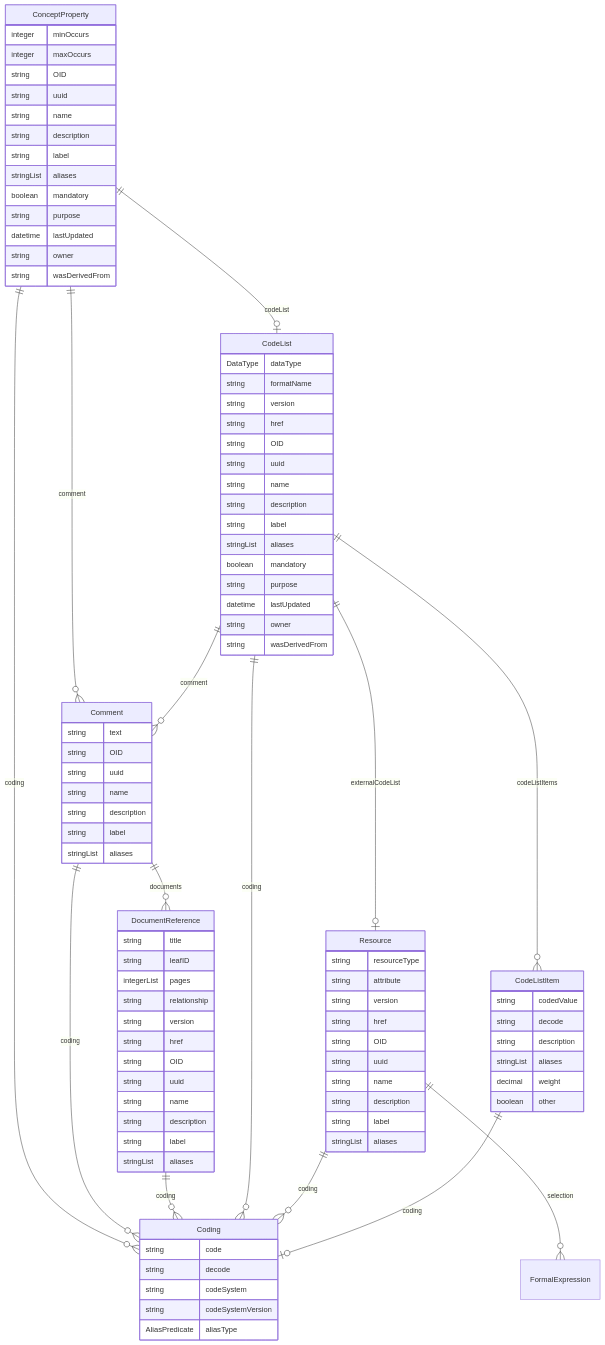
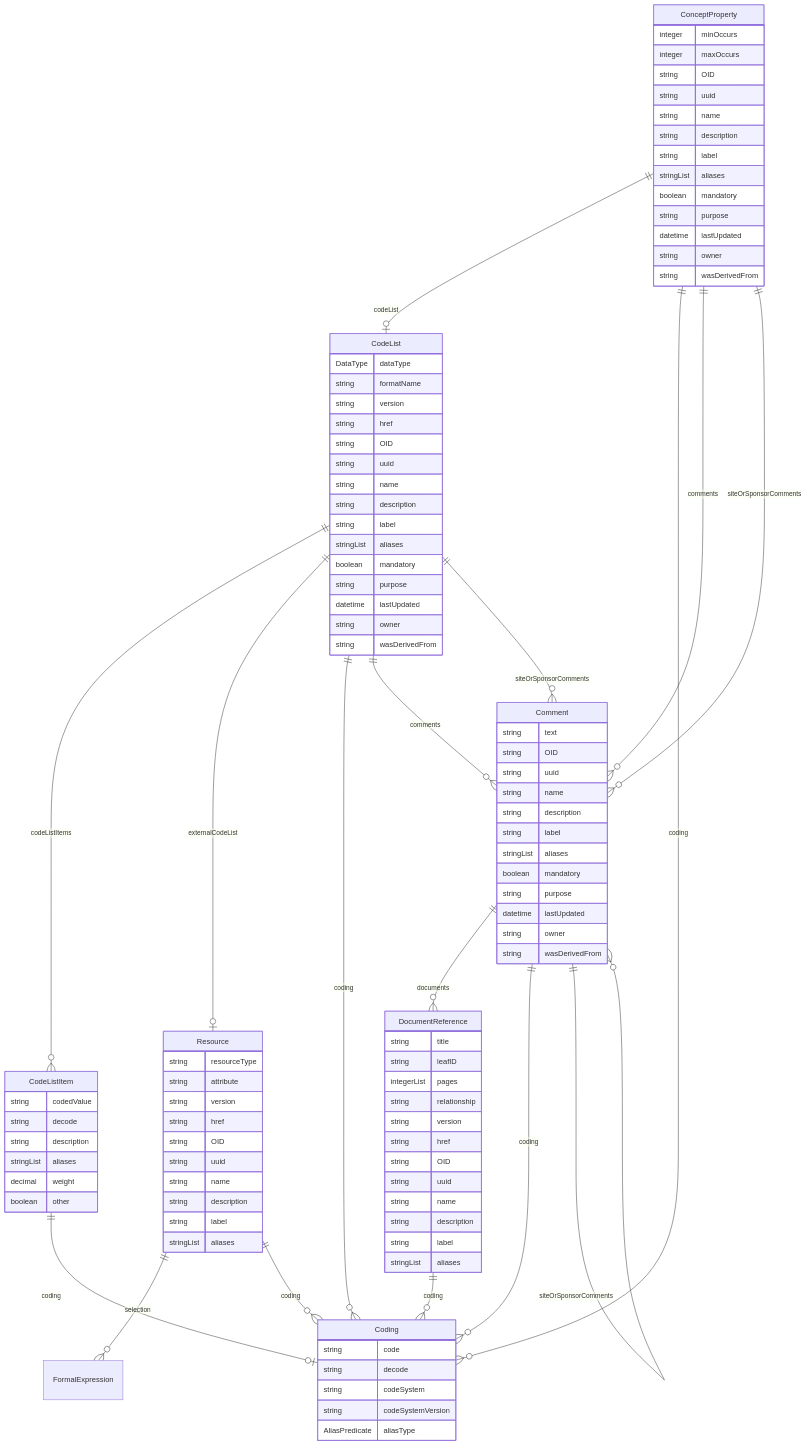
Before and after one commit to TeMeta/define-json: the diagram in docs/classes/ConceptProperty.md, drawn with Mermaid. The commit also changed other lines of this file and 260 other files, not shown here.

```diff
--- a/docs/classes/ConceptProperty.md
+++ b/docs/classes/ConceptProperty.md
@@ -38,6 +38,11 @@
     string description  
     string label  
     stringList aliases  
+    boolean mandatory  
+    string purpose  
+    datetime lastUpdated  
+    string owner  
+    string wasDerivedFrom  
 }
 Coding {
     string code  
@@ -100,14 +105,18 @@
 
 ConceptProperty ||--|o CodeList : "codeList"
 ConceptProperty ||--}o Coding : "coding"
-ConceptProperty ||--}o Comment : "comment"
+ConceptProperty ||--}o Comment : "comments"
+ConceptProperty ||--}o Comment : "siteOrSponsorComments"
 Comment ||--}o DocumentReference : "documents"
 Comment ||--}o Coding : "coding"
+Comment ||--}o Comment : "comments"
+Comment ||--}o Comment : "siteOrSponsorComments"
 DocumentReference ||--}o Coding : "coding"
 CodeList ||--}o CodeListItem : "codeListItems"
 CodeList ||--|o Resource : "externalCodeList"
 CodeList ||--}o Coding : "coding"
-CodeList ||--}o Comment : "comment"
+CodeList ||--}o Comment : "comments"
+CodeList ||--}o Comment : "siteOrSponsorComments"
 Resource ||--}o FormalExpression : "selection"
 Resource ||--}o Coding : "coding"
 CodeListItem ||--|o Coding : "coding"
```
